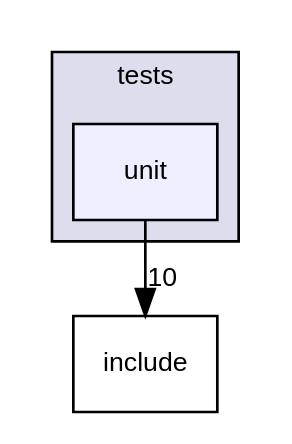
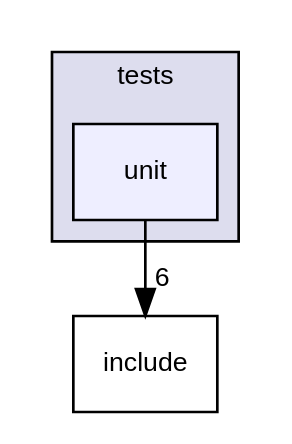
One commit to UCL/TDMS changed the diagram in dir_35da79734557ee91ec31d6196f63b455_dep.dot. Above: the diagram before and after it, drawn with Graphviz. The commit also changed 101 other files, not shown here.

```diff
--- a/dir_35da79734557ee91ec31d6196f63b455_dep.dot
+++ b/dir_35da79734557ee91ec31d6196f63b455_dep.dot
@@ -1,11 +1,11 @@
 digraph "tdms/tests/unit" {
   compound=true
   node [ fontsize="10", fontname="Helvetica"];
   edge [ labelfontsize="10", labelfontname="Helvetica"];
   subgraph clusterdir_99e68cfdfe0514ef618d04f980ae72d7 {
     graph [ bgcolor="#ddddee", pencolor="black", label="tests" fontname="Helvetica", fontsize="10", URL="dir_99e68cfdfe0514ef618d04f980ae72d7.html"]
   dir_35da79734557ee91ec31d6196f63b455 [shape=box, label="unit", style="filled", fillcolor="#eeeeff", pencolor="black", URL="dir_35da79734557ee91ec31d6196f63b455.html"];
   }
   dir_31151eb6fe72a8c6f09675be35b4e99c [shape=box label="include" URL="dir_31151eb6fe72a8c6f09675be35b4e99c.html"];
-  dir_35da79734557ee91ec31d6196f63b455->dir_31151eb6fe72a8c6f09675be35b4e99c [headlabel="10", labeldistance=1.5 headhref="dir_000005_000002.html"];
+  dir_35da79734557ee91ec31d6196f63b455->dir_31151eb6fe72a8c6f09675be35b4e99c [headlabel="6", labeldistance=1.5 headhref="dir_000005_000002.html"];
 }
```
